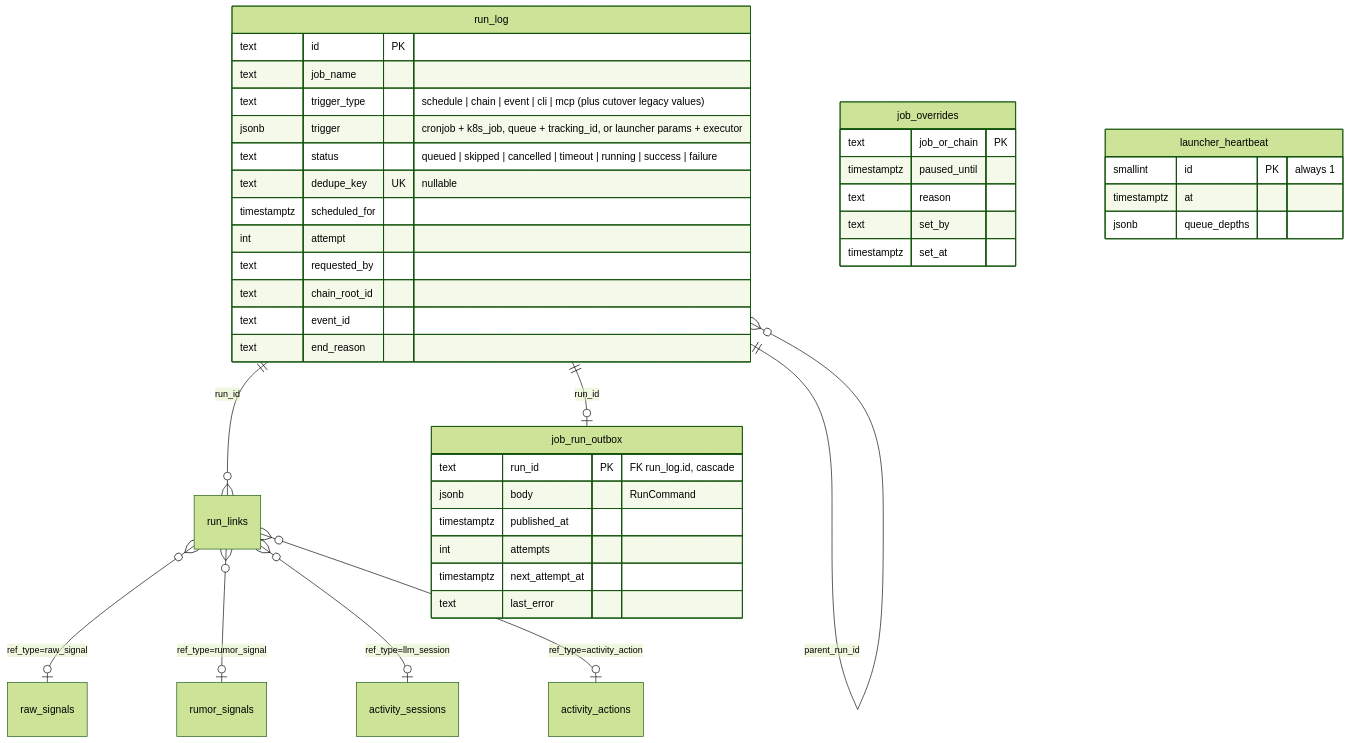
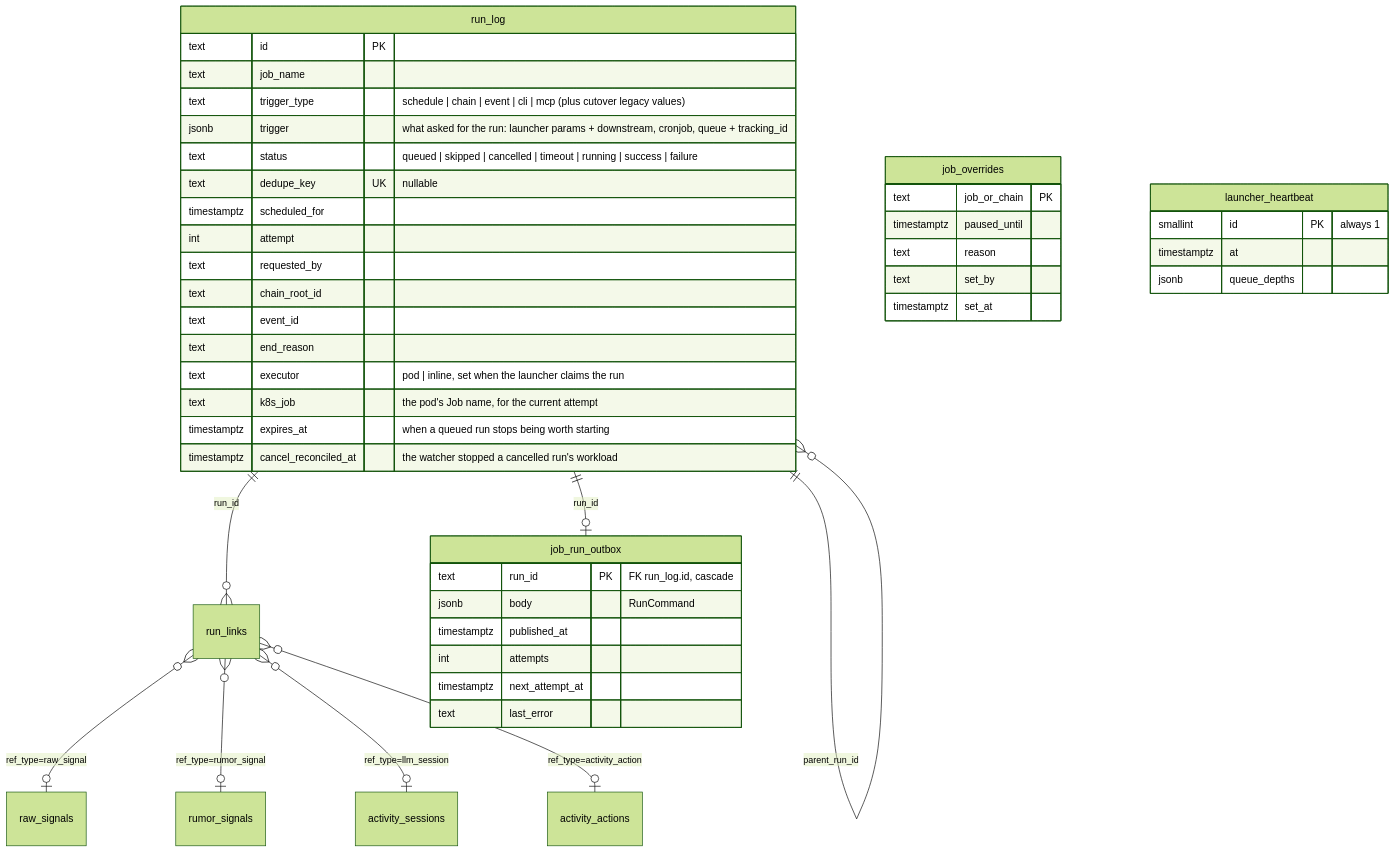
The fifth of 6 diagrams in docs/data-model.md (cvillarr23/fantasy-core-pipeline), drawn with Mermaid (forest theme) before and after one commit. The commit also changed other lines of this file and 16 other files, not shown here.

First line of the commit message:
Consolidate launcher run_log transitions into one module; move launch details out of trigger (#373)

````diff
--- a/docs/data-model.md
+++ b/docs/data-model.md
@@ -113,44 +113,48 @@
 ```mermaid
 erDiagram
     run_log ||--o{ run_links : "run_id"
     run_log ||--o| job_run_outbox : "run_id"
     run_log ||--o{ run_log : "parent_run_id"
     run_links }o--o| raw_signals : "ref_type=raw_signal"
     run_links }o--o| rumor_signals : "ref_type=rumor_signal"
     run_links }o--o| activity_sessions : "ref_type=llm_session"
     run_links }o--o| activity_actions : "ref_type=activity_action"
     run_log {
         text id PK
         text job_name
         text trigger_type "schedule | chain | event | cli | mcp (plus cutover legacy values)"
-        jsonb trigger "cronjob + k8s_job, queue + tracking_id, or launcher params + executor"
+        jsonb trigger "what asked for the run: launcher params + downstream, cronjob, queue + tracking_id"
         text status "queued | skipped | cancelled | timeout | running | success | failure"
         text dedupe_key UK "nullable"
         timestamptz scheduled_for
         int attempt
         text requested_by
         text chain_root_id
         text event_id
         text end_reason
+        text executor "pod | inline, set when the launcher claims the run"
+        text k8s_job "the pod's Job name, for the current attempt"
+        timestamptz expires_at "when a queued run stops being worth starting"
+        timestamptz cancel_reconciled_at "the watcher stopped a cancelled run's workload"
     }
     job_overrides {
         text job_or_chain PK
         timestamptz paused_until
         text reason
         text set_by
         timestamptz set_at
     }
     job_run_outbox {
         text run_id PK "FK run_log.id, cascade"
         jsonb body "RunCommand"
         timestamptz published_at
         int attempts
         timestamptz next_attempt_at
         text last_error
     }
     launcher_heartbeat {
         smallint id PK "always 1"
         timestamptz at
         jsonb queue_depths
     }
 ```
````
